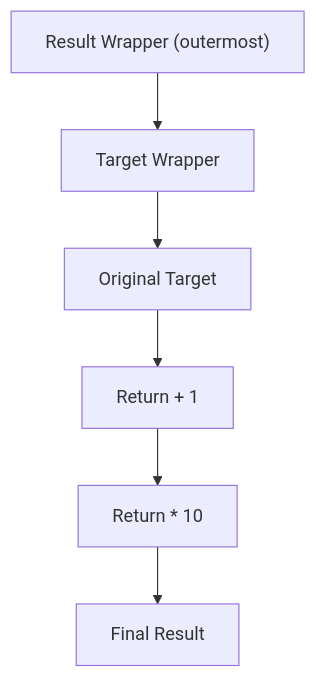
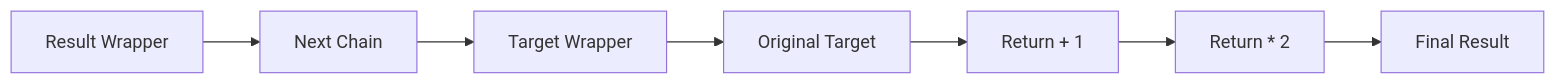
One commit to h1ylabs/next-loader changed the fourth of 4 diagrams in packages/promise-aop/README.md. Above: the diagram before and after it, drawn with Mermaid. The commit also changed other lines of this file and 18 other files, not shown here.

````diff
--- a/packages/promise-aop/README.md
+++ b/packages/promise-aop/README.md
@@ -722,5 +535,8 @@
 ```mermaid
-graph TD
-    A["Result Wrapper (outermost)"] --> B["Target Wrapper"] --> C["Original Target"]
-    C --> D["Return + 1"] --> E["Return * 10"] --> F["Final Result"]
+graph LR
+    A[Result Wrapper] --> B[Next Chain]
+    B --> C[Target Wrapper] --> D[Original Target]
+    D --> E[Return + 1]
+    E --> F[Return * 2]
+    F --> G[Final Result]
 ```
````
